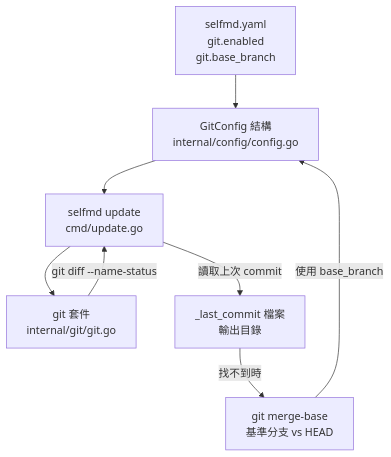
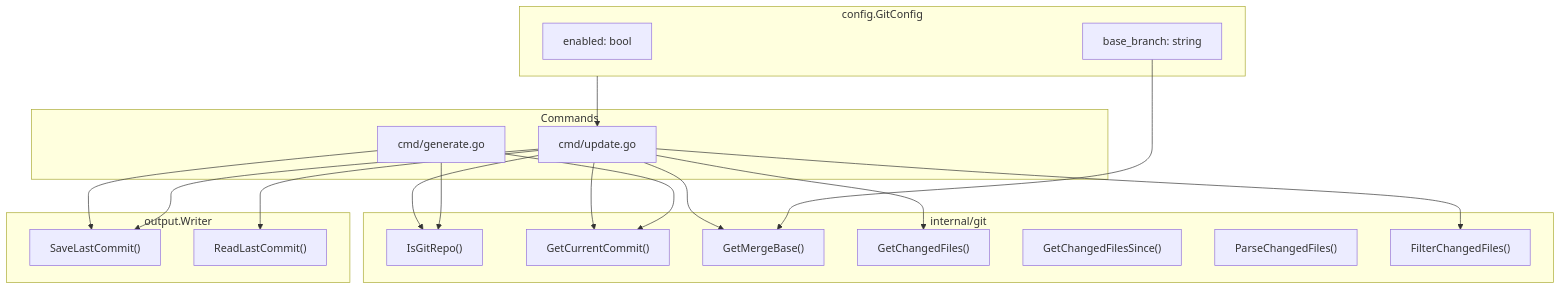
The first of 2 diagrams in docs/configuration/git-config/index.md (monkenWu/selfmd-claude-code), drawn with Mermaid before and after one commit. The commit also changed other lines of this file and 145 other files, not shown here.

````diff
--- a/docs/configuration/git-config/index.md
+++ b/docs/configuration/git-config/index.md
@@ -17,17 +17,40 @@
 ```mermaid
 flowchart TD
-    YAML["selfmd.yaml\ngit.enabled\ngit.base_branch"]
-    GitConfig["GitConfig 結構\ninternal/config/config.go"]
-    UpdateCmd["selfmd update\ncmd/update.go"]
-    GitPkg["git 套件\ninternal/git/git.go"]
-    LastCommit["_last_commit 檔案\n輸出目錄"]
-    MergeBase["git merge-base\n基準分支 vs HEAD"]
+    subgraph Config ["config.GitConfig"]
+        Enabled["enabled: bool"]
+        BaseBranch["base_branch: string"]
+    end
 
-    YAML --> GitConfig
-    GitConfig --> UpdateCmd
-    UpdateCmd -->|"讀取上次 commit"| LastCommit
-    LastCommit -->|"找不到時"| MergeBase
-    MergeBase -->|"使用 base_branch"| GitConfig
-    UpdateCmd --> GitPkg
-    GitPkg -->|"git diff --name-status"| UpdateCmd
+    subgraph GitModule ["internal/git"]
+        IsGitRepo["IsGitRepo()"]
+        GetCurrentCommit["GetCurrentCommit()"]
+        GetMergeBase["GetMergeBase()"]
+        GetChangedFiles["GetChangedFiles()"]
+        GetChangedFilesSince["GetChangedFilesSince()"]
+        ParseChangedFiles["ParseChangedFiles()"]
+        FilterChangedFiles["FilterChangedFiles()"]
+    end
+
+    subgraph Commands
+        GenerateCmd["cmd/generate.go"]
+        UpdateCmd["cmd/update.go"]
+    end
+
+    subgraph Writer ["output.Writer"]
+        SaveLastCommit["SaveLastCommit()"]
+        ReadLastCommit["ReadLastCommit()"]
+    end
+
+    Config --> UpdateCmd
+    UpdateCmd --> IsGitRepo
+    UpdateCmd --> GetMergeBase
+    UpdateCmd --> GetCurrentCommit
+    UpdateCmd --> GetChangedFiles
+    UpdateCmd --> FilterChangedFiles
+    BaseBranch --> GetMergeBase
+    GenerateCmd --> IsGitRepo
+    GenerateCmd --> GetCurrentCommit
+    GenerateCmd --> SaveLastCommit
+    UpdateCmd --> ReadLastCommit
+    UpdateCmd --> SaveLastCommit
 ```
````
